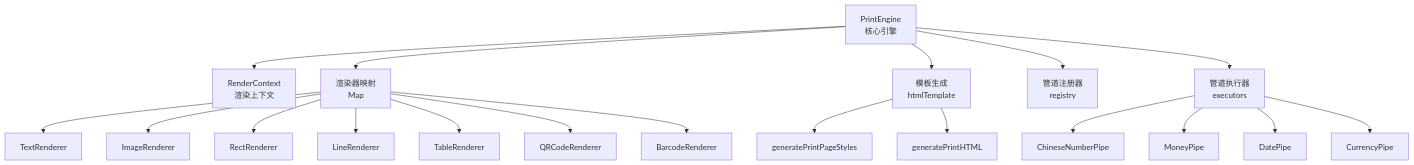
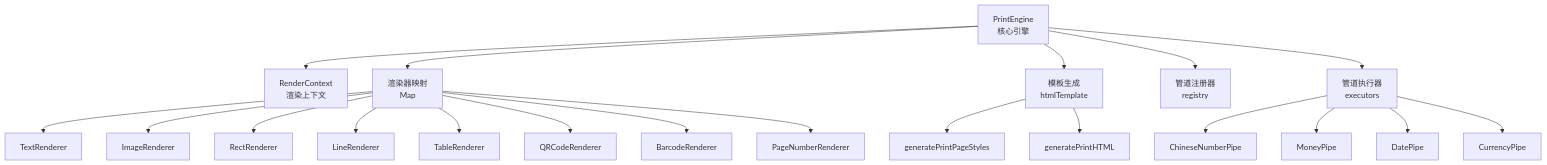
The first of 11 diagrams in .qoder/repowiki/zh/content/打印SDK系统/打印引擎核心.md (joker-yjc/printer), drawn with Mermaid before and after one commit. The commit also changed other lines of this file and 16 other files, not shown here.

````diff
--- a/.qoder/repowiki/zh/content/打印SDK系统/打印引擎核心.md
+++ b/.qoder/repowiki/zh/content/打印SDK系统/打印引擎核心.md
@@ -67,21 +73,22 @@
 ```mermaid
 graph TB
 Engine["PrintEngine<br/>核心引擎"] --> Ctx["RenderContext<br/>渲染上下文"]
 Engine --> RMap["渲染器映射<br/>Map<string, ComponentRenderer>"]
 Engine --> Tpl["模板生成<br/>htmlTemplate"]
 Engine --> Pipes["管道注册器<br/>registry"]
 Engine --> Exec["管道执行器<br/>executors"]
 RMap --> TR["TextRenderer"]
 RMap --> IR["ImageRenderer"]
 RMap --> RR["RectRenderer"]
 RMap --> LR["LineRenderer"]
 RMap --> TBLR["TableRenderer"]
 RMap --> QRR["QRCodeRenderer"]
 RMap --> BCR["BarcodeRenderer"]
+RMap --> PNR["PageNumberRenderer"]
 Exec --> CNP["ChineseNumberPipe"]
 Exec --> MP["MoneyPipe"]
 Exec --> DP["DatePipe"]
 Exec --> CP["CurrencyPipe"]
 Tpl --> Styles["generatePrintPageStyles"]
 Tpl --> HTMLDoc["generatePrintHTML"]
 ```
````
